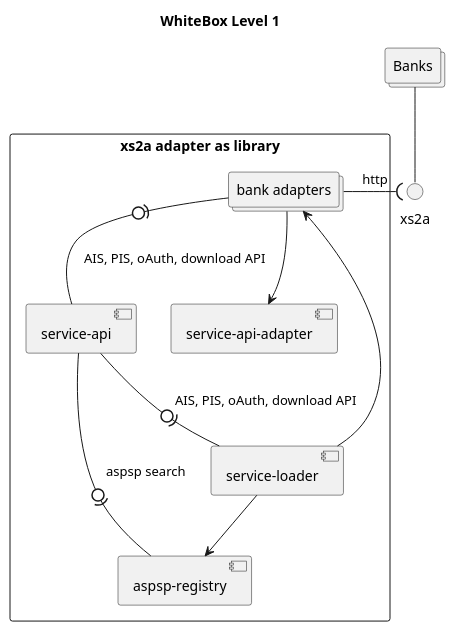
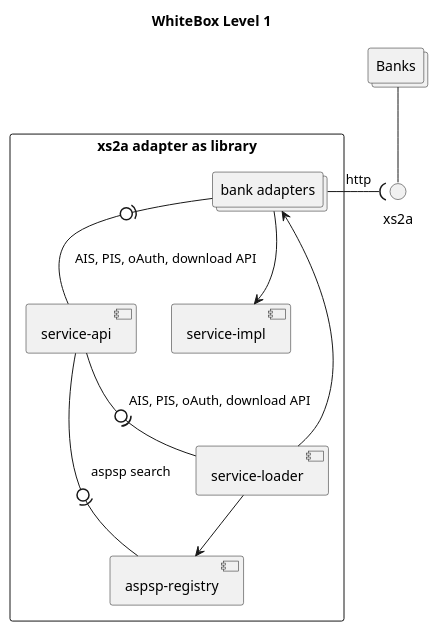
The diagram in docs/arc42/puml/whitebox_lv1_library.puml (adorsys/xs2a-adapter), drawn with PlantUML before and after one commit. The commit also changed 2 other files, not shown here.

```diff
--- a/docs/arc42/puml/whitebox_lv1_library.puml
+++ b/docs/arc42/puml/whitebox_lv1_library.puml
@@ -1,28 +1,28 @@
 @startuml
 
 title WhiteBox Level 1
 
 collections banks as "Banks"
 
 interface "xs2a" as bhttp
 
 rectangle xa as "xs2a adapter as library" {
 	component ar as "aspsp-registry"
 	component sa as "service-api"
-	component saa as "service-api-adapter"
+	component saa as "service-impl"
 	component sl as "service-loader"
 
 	collections ba as "bank adapters"
 }
 
 	sl --> ar
 	sl --> ba
 	sa -0)- sl: AIS, PIS, oAuth, download API
 	ba --> saa
 	ba -(0- sa: AIS, PIS, oAuth, download API
 	ar -(0-sa: aspsp search
 
 	ba -( bhttp: http
 	banks --() bhttp
 
 @enduml
```
